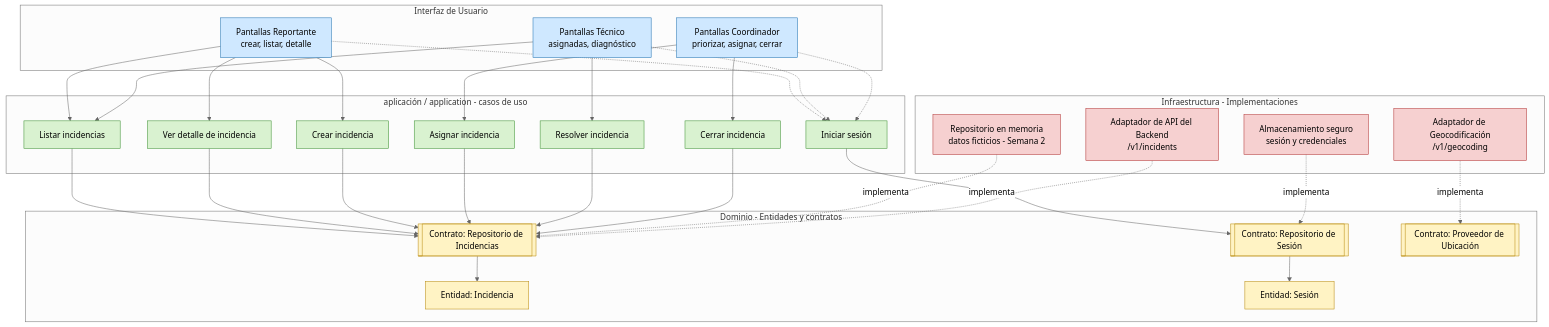
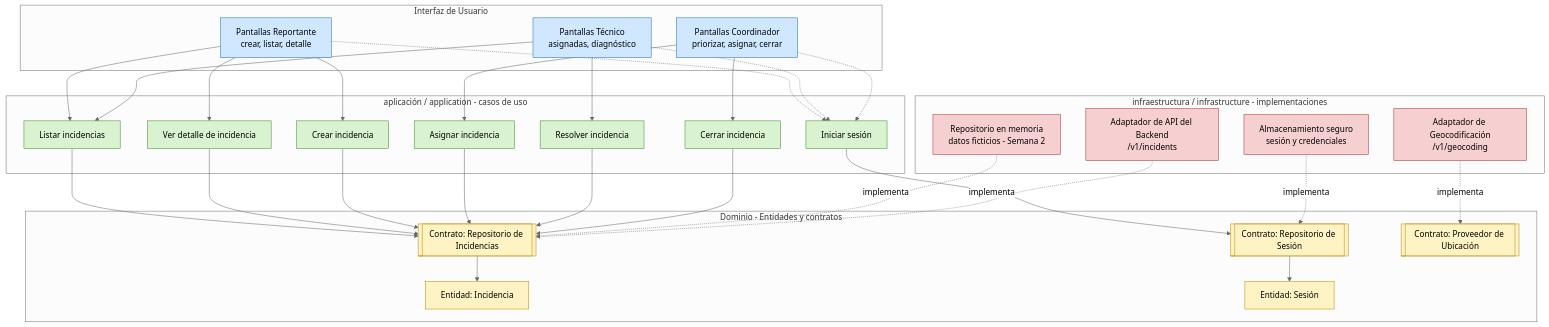
The diagram in docs/architecture.mmd (Axel-Ventura/CampusOps), drawn with Mermaid (neutral theme) before and after one commit.

Commit message:
docs(week-02): align infrastructure boundary with evaluator

```diff
--- a/docs/architecture.mmd
+++ b/docs/architecture.mmd
@@ -1,68 +1,68 @@
 flowchart TD
     subgraph UI["Interfaz de Usuario"]
         UI_Reportante["Pantallas Reportante<br/>crear, listar, detalle"]
         UI_Tecnico["Pantallas Técnico<br/>asignadas, diagnóstico"]
         UI_Coordinador["Pantallas Coordinador<br/>priorizar, asignar, cerrar"]
     end
 
     subgraph app["aplicación / application - casos de uso"]
         UC_Login["Iniciar sesión"]
         UC_ListIncidents["Listar incidencias"]
         UC_GetIncidentDetail["Ver detalle de incidencia"]
         UC_CreateIncident["Crear incidencia"]
         UC_AssignIncident["Asignar incidencia"]
         UC_ResolveIncident["Resolver incidencia"]
         UC_CloseIncident["Cerrar incidencia"]
     end
 
     subgraph DOMAIN["Dominio - Entidades y contratos"]
         E_Incident["Entidad: Incidencia"]
         E_Session["Entidad: Sesión"]
         C_IncidentRepo[["Contrato: Repositorio de Incidencias"]]
         C_SessionRepo[["Contrato: Repositorio de Sesión"]]
         C_LocationProvider[["Contrato: Proveedor de Ubicación"]]
     end
 
-    subgraph INFRA["Infraestructura - Implementaciones"]
+    subgraph infra["infraestructura / infrastructure - implementaciones"]
         Impl_InMemory["Repositorio en memoria<br/>datos ficticios - Semana 2"]
         Impl_BackendApi["Adaptador de API del Backend<br/>/v1/incidents"]
         Impl_Geocoding["Adaptador de Geocodificación<br/>/v1/geocoding"]
         Impl_SecureStore["Almacenamiento seguro<br/>sesión y credenciales"]
     end
 
     UI_Reportante --> UC_CreateIncident
     UI_Reportante --> UC_ListIncidents
     UI_Reportante --> UC_GetIncidentDetail
     UI_Tecnico --> UC_ListIncidents
     UI_Tecnico --> UC_ResolveIncident
     UI_Coordinador --> UC_AssignIncident
     UI_Coordinador --> UC_CloseIncident
     UI_Reportante -.-> UC_Login
     UI_Tecnico -.-> UC_Login
     UI_Coordinador -.-> UC_Login
 
     UC_ListIncidents --> C_IncidentRepo
     UC_GetIncidentDetail --> C_IncidentRepo
     UC_CreateIncident --> C_IncidentRepo
     UC_AssignIncident --> C_IncidentRepo
     UC_ResolveIncident --> C_IncidentRepo
     UC_CloseIncident --> C_IncidentRepo
     UC_Login --> C_SessionRepo
 
     C_IncidentRepo --> E_Incident
     C_SessionRepo --> E_Session
 
     Impl_InMemory -. implementa .-> C_IncidentRepo
     Impl_BackendApi -. implementa .-> C_IncidentRepo
     Impl_Geocoding -. implementa .-> C_LocationProvider
     Impl_SecureStore -. implementa .-> C_SessionRepo
 
     classDef ui fill:#cfe8ff,stroke:#1c6fb0
     classDef app fill:#d9f2d0,stroke:#3a8f2f
     classDef domain fill:#fff3c4,stroke:#b8890a
     classDef infra fill:#f6d0d0,stroke:#b02e2e
 
     class UI_Reportante,UI_Tecnico,UI_Coordinador ui
     class UC_Login,UC_ListIncidents,UC_GetIncidentDetail,UC_CreateIncident,UC_AssignIncident,UC_ResolveIncident,UC_CloseIncident app
     class E_Incident,E_Session,C_IncidentRepo,C_SessionRepo,C_LocationProvider domain
     class Impl_InMemory,Impl_BackendApi,Impl_Geocoding,Impl_SecureStore infra
```
